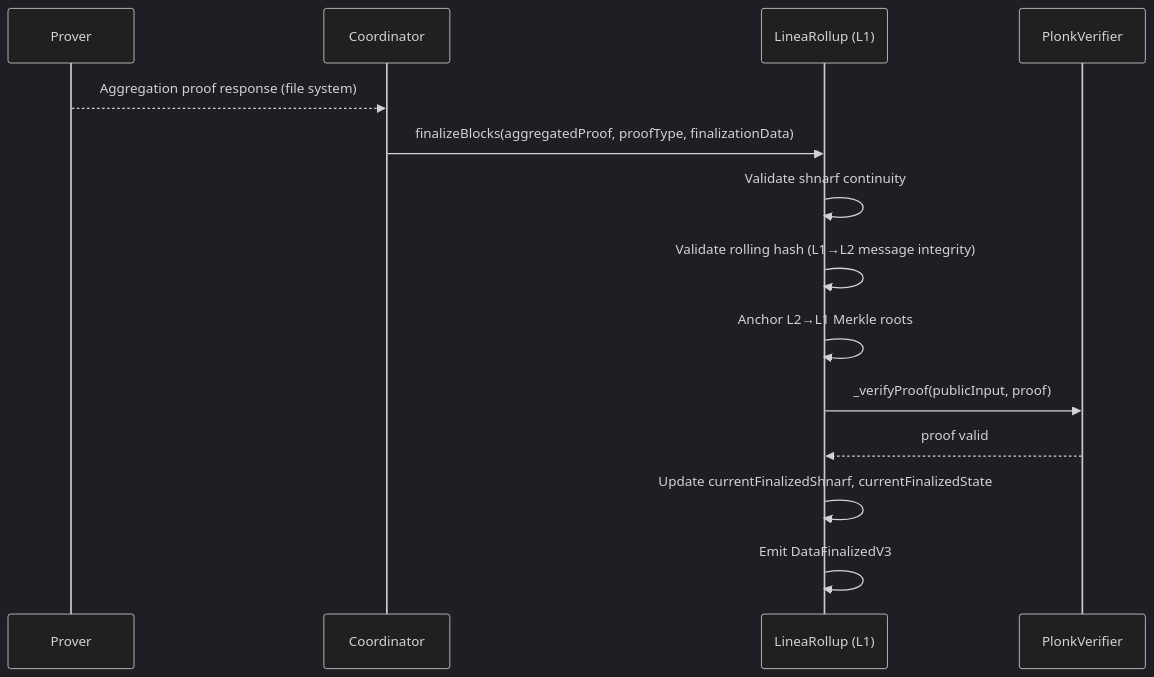
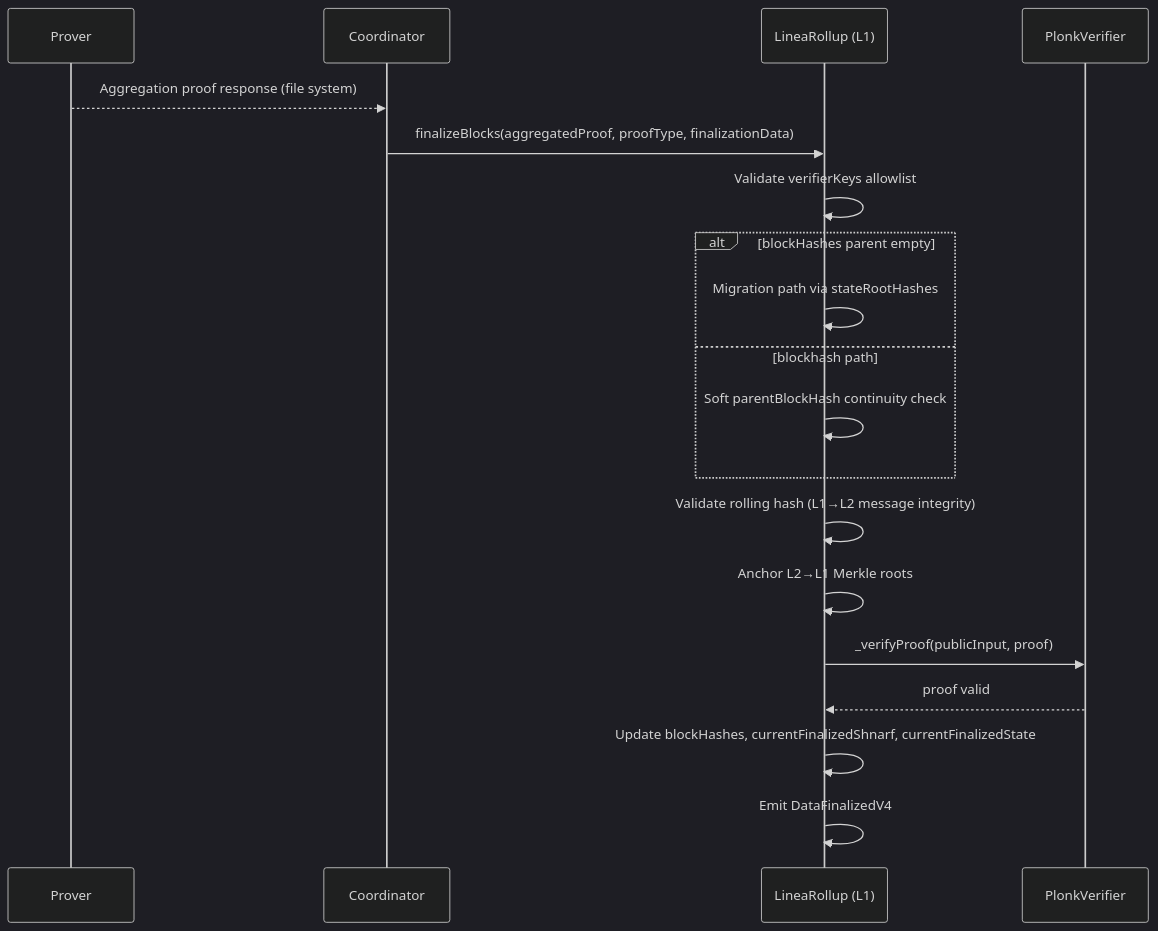
The second of 2 diagrams in docs/features/rollup.md (LFDT-Lineth/lineth-monorepo), drawn with Mermaid (dark theme) before and after one commit. The commit also changed other lines of this file and 33 other files, not shown here.

````diff
--- a/docs/features/rollup.md
+++ b/docs/features/rollup.md
@@ -150,17 +161,22 @@
 ```mermaid
 sequenceDiagram
     participant Prover
     participant Coord as Coordinator
     participant L1 as LineaRollup (L1)
     participant Verifier as PlonkVerifier
 
     Prover-->>Coord: Aggregation proof response (file system)
     Coord->>L1: finalizeBlocks(aggregatedProof, proofType, finalizationData)
-    L1->>L1: Validate shnarf continuity
+    L1->>L1: Validate verifierKeys allowlist
+    alt blockHashes parent empty
+        L1->>L1: Migration path via stateRootHashes
+    else blockhash path
+        L1->>L1: Soft parentBlockHash continuity check
+    end
     L1->>L1: Validate rolling hash (L1→L2 message integrity)
     L1->>L1: Anchor L2→L1 Merkle roots
     L1->>Verifier: _verifyProof(publicInput, proof)
     Verifier-->>L1: proof valid
-    L1->>L1: Update currentFinalizedShnarf, currentFinalizedState
-    L1->>L1: Emit DataFinalizedV3
+    L1->>L1: Update blockHashes, currentFinalizedShnarf, currentFinalizedState
+    L1->>L1: Emit DataFinalizedV4
 ```
````
